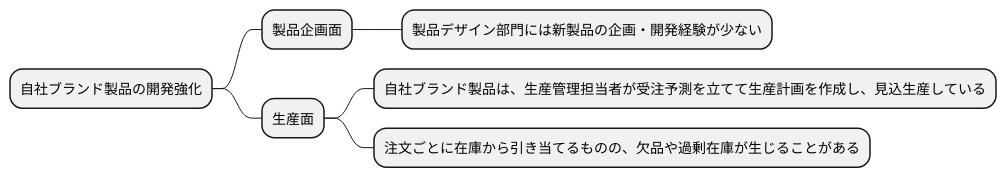
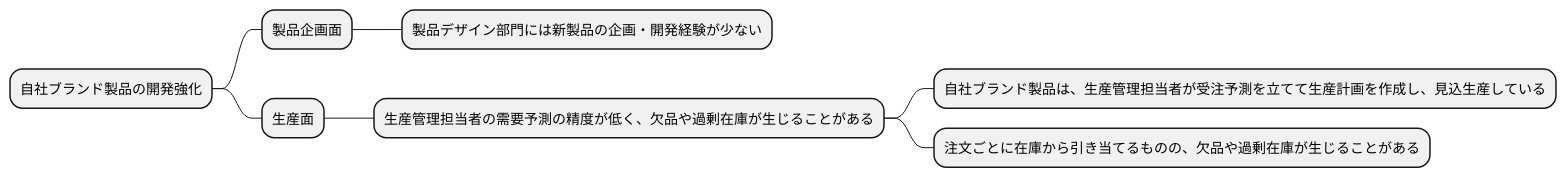
The seventh of 10 diagrams in docs/R03/study/study_3_take01.md (k2works/requirements_definition_excercise), drawn with PlantUML before and after one commit. The commit also changed other lines of this file, not shown here.

````diff
--- a/docs/R03/study/study_3_take01.md
+++ b/docs/R03/study/study_3_take01.md
@@ -256,12 +256,13 @@
 ```plantuml
 @startmindmap
 
 * 自社ブランド製品の開発強化
 ** 製品企画面
 *** 製品デザイン部門には新製品の企画・開発経験が少ない
 ** 生産面
-*** 自社ブランド製品は、生産管理担当者が受注予測を立てて生産計画を作成し、見込生産している
-*** 注文ごとに在庫から引き当てるものの、欠品や過剰在庫が生じることがある
+*** 生産管理担当者の需要予測の精度が低く、欠品や過剰在庫が生じることがある
+**** 自社ブランド製品は、生産管理担当者が受注予測を立てて生産計画を作成し、見込生産している
+**** 注文ごとに在庫から引き当てるものの、欠品や過剰在庫が生じることがある
 
 @endmindmap
 ```
````
